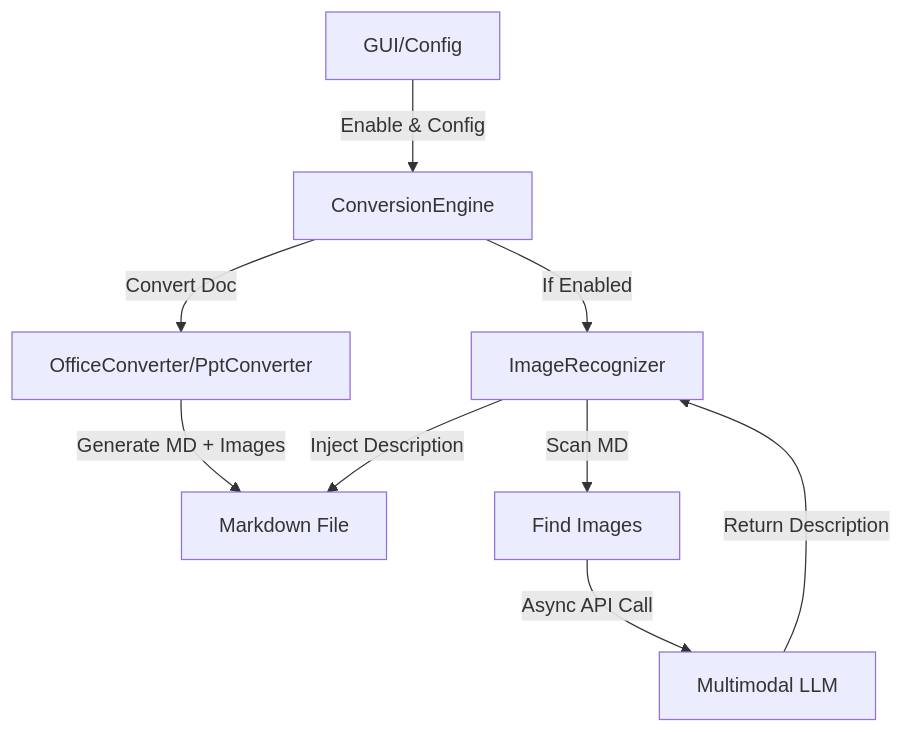
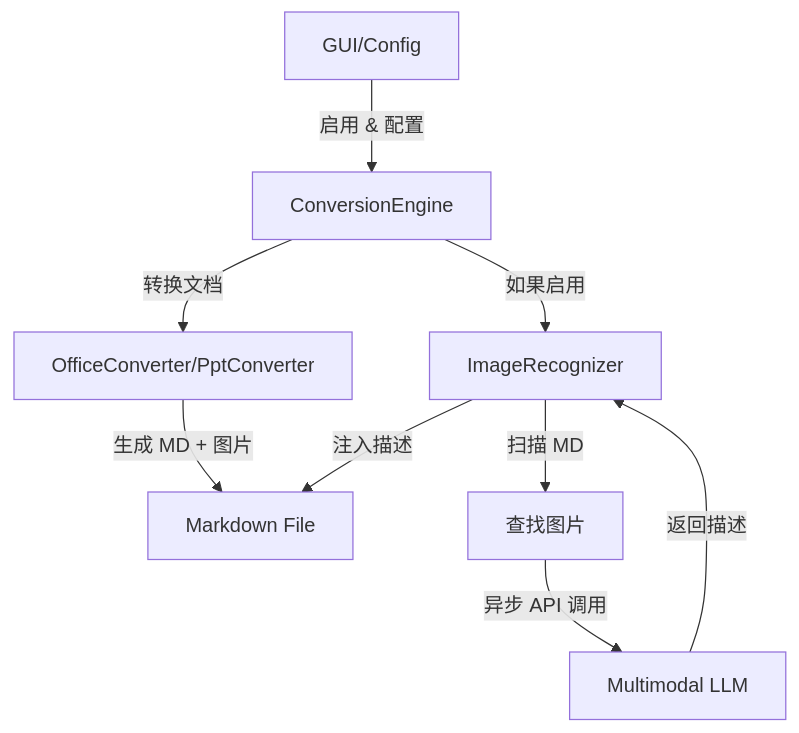
Before and after one commit to demo112/Everything2MD: the diagram in docs/ImageRecognition/02_Architect/DESIGN_ImageRecognition.md, drawn with Mermaid. The commit also changed other lines of this file and 85 other files, not shown here.

````diff
--- a/docs/ImageRecognition/02_Architect/DESIGN_ImageRecognition.md
+++ b/docs/ImageRecognition/02_Architect/DESIGN_ImageRecognition.md
@@ -7,11 +7,11 @@
-``` mermaid
+```mermaid
 graph TD
-    A[GUI/Config] -->|Enable & Config| B[ConversionEngine]
-    B -->|Convert Doc| C[OfficeConverter/PptConverter]
-    C -->|Generate MD + Images| D[Markdown File]
-    B -->|If Enabled| E[ImageRecognizer]
-    E -->|Scan MD| F[Find Images]
-    F -->|Async API Call| G[Multimodal LLM]
-    G -->|Return Description| E
-    E -->|Inject Description| D
+    A[GUI/Config] -->|启用 & 配置| B[ConversionEngine]
+    B -->|转换文档| C[OfficeConverter/PptConverter]
+    C -->|生成 MD + 图片| D[Markdown File]
+    B -->|如果启用| E[ImageRecognizer]
+    E -->|扫描 MD| F[查找图片]
+    F -->|异步 API 调用| G[Multimodal LLM]
+    G -->|返回描述| E
+    E -->|注入描述| D
 ```
````
